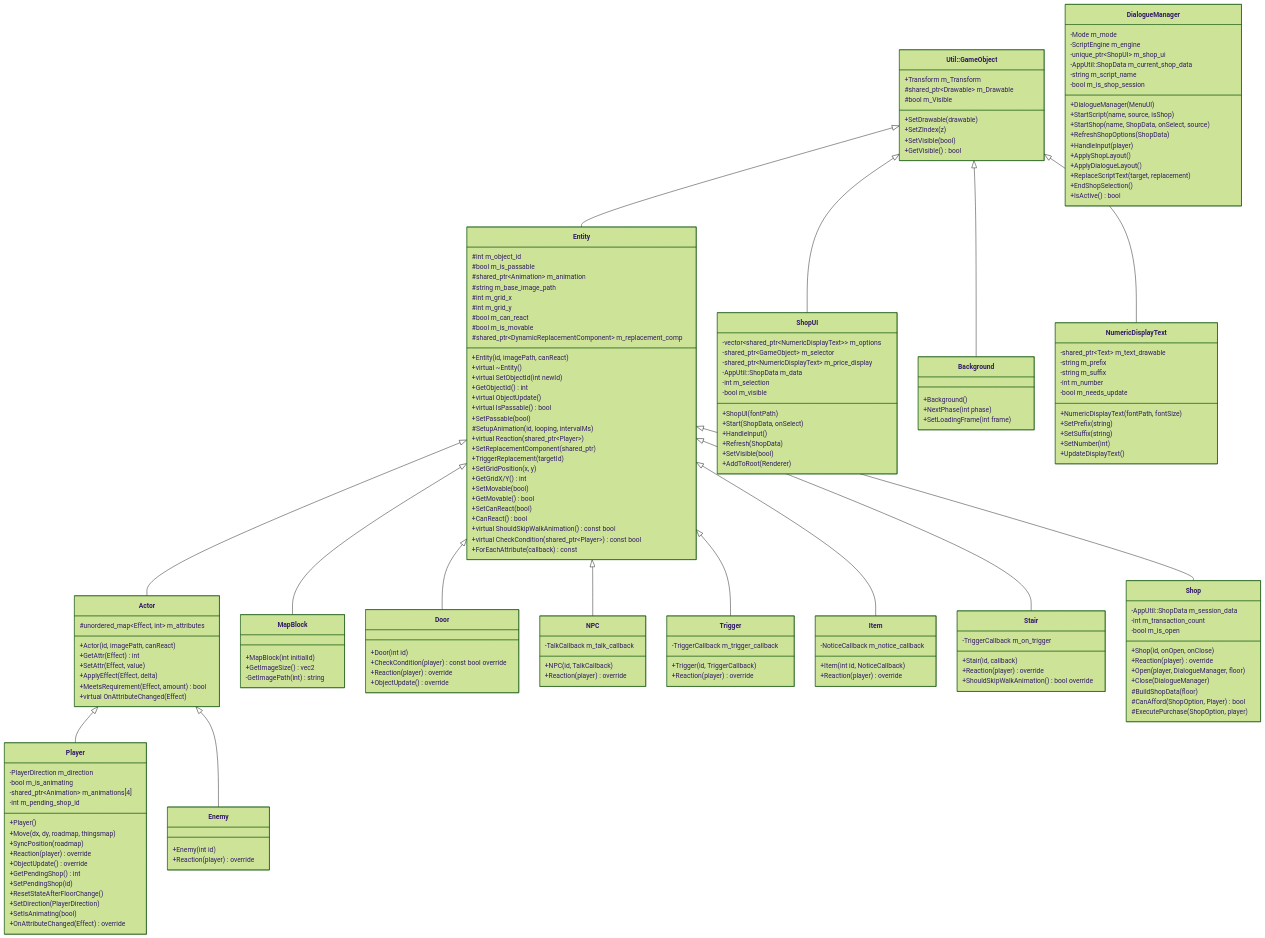
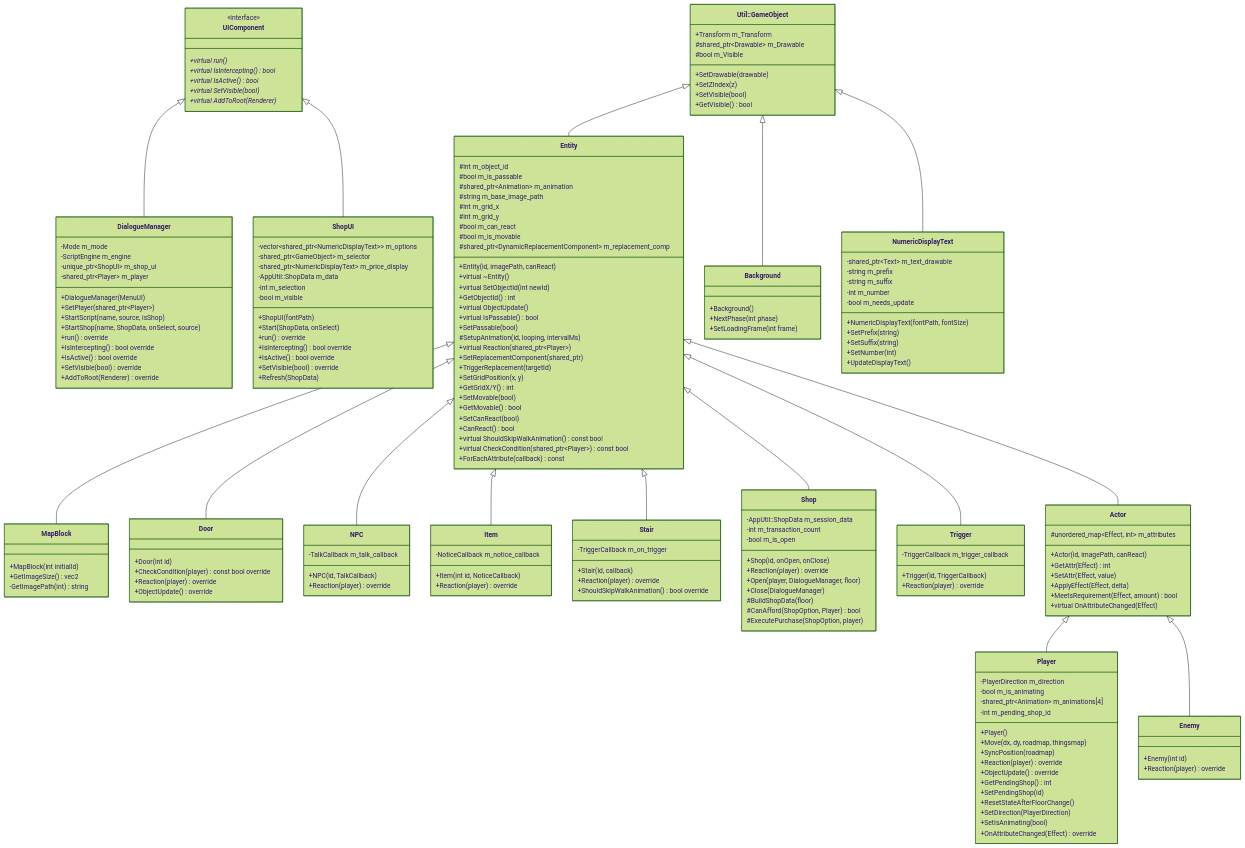
One commit to XWJWPIY/schoolwork_recreate_magic_tower changed the first of 4 diagrams in Constructure.md. Above: the diagram before and after it, drawn with Mermaid (forest theme). The commit also changed other lines of this file and 12 other files, not shown here.

Commit message:
refactor: unify UI architecture with UIComponent & migrate Dialogue&Shop

````diff
--- a/Constructure.md
+++ b/Constructure.md
@@ -14,6 +14,15 @@
         +SetZIndex(z)
         +SetVisible(bool)
         +GetVisible() bool
+    }
+
+    class UIComponent {
+        <<interface>>
+        +virtual run()*
+        +virtual IsIntercepting()* bool
+        +virtual IsActive()* bool
+        +virtual SetVisible(bool)*
+        +virtual AddToRoot(Renderer)*
     }
 
     class Entity {
@@ -52,19 +61,16 @@
         -Mode m_mode
         -ScriptEngine m_engine
         -unique_ptr~ShopUI~ m_shop_ui
-        -AppUtil::ShopData m_current_shop_data
-        -string m_script_name
-        -bool m_is_shop_session
+        -shared_ptr~Player~ m_player
         +DialogueManager(MenuUI)
+        +SetPlayer(shared_ptr~Player~)
         +StartScript(name, source, isShop)
         +StartShop(name, ShopData, onSelect, source)
-        +RefreshShopOptions(ShopData)
-        +HandleInput(player)
-        +ApplyShopLayout()
-        +ApplyDialogueLayout()
-        +ReplaceScriptText(target, replacement)
-        +EndShopSelection()
-        +IsActive() bool
+        +run() override
+        +IsIntercepting() bool override
+        +IsActive() bool override
+        +SetVisible(bool) override
+        +AddToRoot(Renderer) override
     }
 
     class ShopUI {
@@ -76,12 +82,12 @@
         -bool m_visible
         +ShopUI(fontPath)
         +Start(ShopData, onSelect)
-        +HandleInput()
+        +run() override
+        +IsIntercepting() bool override
+        +IsActive() bool override
+        +SetVisible(bool) override
         +Refresh(ShopData)
-        +SetVisible(bool)
-        +AddToRoot(Renderer)
     }
-
 
     class Actor {
         #unordered_map~Effect, int~ m_attributes
@@ -200,5 +206,6 @@
     Entity <|-- Actor
     Actor <|-- Player
     Actor <|-- Enemy
-    GameObject <|-- ShopUI
+    UIComponent <|-- DialogueManager
+    UIComponent <|-- ShopUI
 ```
````
